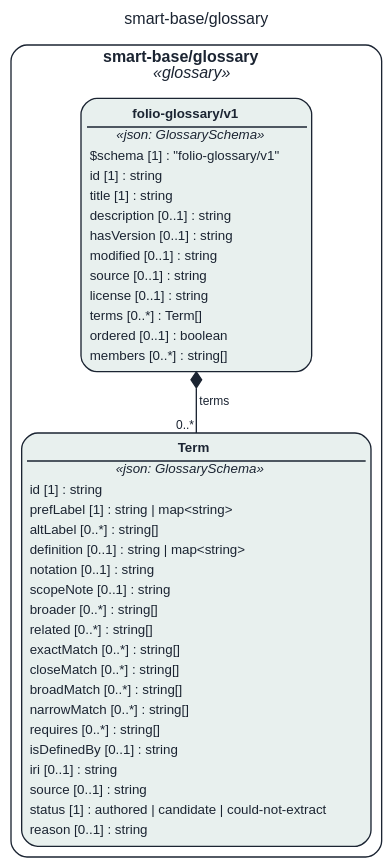
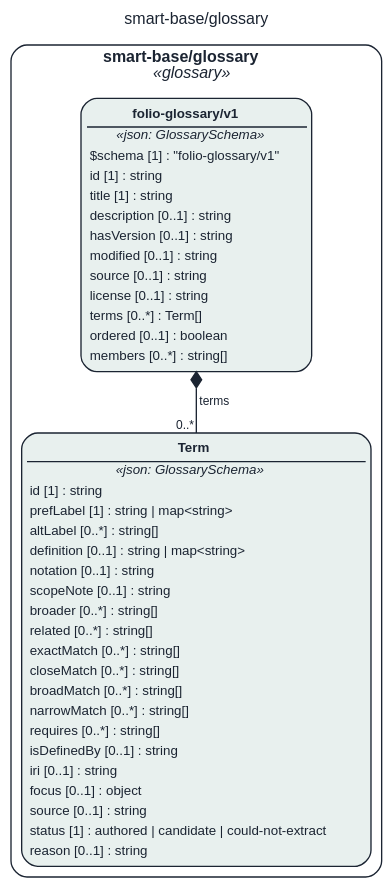
Before and after one commit to litlfred/folio-assistant: the diagram in assets/img/uml/overview/smart-base/glossary.dot, drawn with Graphviz. The commit also changed 11092 other files, not shown here.

```diff
--- a/assets/img/uml/overview/smart-base/glossary.dot
+++ b/assets/img/uml/overview/smart-base/glossary.dot
@@ -1,13 +1,13 @@
 // GENERATED by cat-harness-tools/scripts/gen-uml-overview.ts — do not edit.
 // Rendered page (interactive view, same model): https://litlfred.github.io/folio-assistant/uml/overview/smart-base/glossary.html
 digraph "smart_base_glossary" {
   graph [label="smart-base/glossary", labelloc=t, fontname="Helvetica", fontsize=12, fontcolor="#1b2432", newrank=true, ratio=auto, nodesep=0.3, ranksep=0.5, bgcolor="transparent"];
   node [shape=box, style="rounded,filled", margin=0.05, fontname="Helvetica", fontsize=10, color="#1b2432", fontcolor="#1b2432"];
   edge [color="#1b2432", fontcolor="#1b2432", fontname="Helvetica", fontsize=9];
   subgraph "cluster_pkg_smart_base_glossary" {
     label=<<b>smart-base/glossary</b><br/><i>«glossary»</i>>; style="rounded"; color="#1b2432"; class="fa_uml_subgraph";
-    "smart_base_glossary_folio_glossary_v1_Term" [fillcolor="#e8f0ee", class="fa_uml_kind_glossary", label=<<table border="0" cellborder="0" cellspacing="0" cellpadding="2"><tr><td border="1" sides="b"><b>Term</b></td></tr><tr><td><i>«json: GlossarySchema»</i></td></tr><tr><td align="left">id [1] : string</td></tr><tr><td align="left">prefLabel [1] : string | map&lt;string&gt;</td></tr><tr><td align="left">altLabel [0..*] : string[]</td></tr><tr><td align="left">definition [0..1] : string | map&lt;string&gt;</td></tr><tr><td align="left">notation [0..1] : string</td></tr><tr><td align="left">scopeNote [0..1] : string</td></tr><tr><td align="left">broader [0..*] : string[]</td></tr><tr><td align="left">related [0..*] : string[]</td></tr><tr><td align="left">exactMatch [0..*] : string[]</td></tr><tr><td align="left">closeMatch [0..*] : string[]</td></tr><tr><td align="left">broadMatch [0..*] : string[]</td></tr><tr><td align="left">narrowMatch [0..*] : string[]</td></tr><tr><td align="left">requires [0..*] : string[]</td></tr><tr><td align="left">isDefinedBy [0..1] : string</td></tr><tr><td align="left">iri [0..1] : string</td></tr><tr><td align="left">source [0..1] : string</td></tr><tr><td align="left">status [1] : authored | candidate | could-not-extract</td></tr><tr><td align="left">reason [0..1] : string</td></tr></table>>];
+    "smart_base_glossary_folio_glossary_v1_Term" [fillcolor="#e8f0ee", class="fa_uml_kind_glossary", label=<<table border="0" cellborder="0" cellspacing="0" cellpadding="2"><tr><td border="1" sides="b"><b>Term</b></td></tr><tr><td><i>«json: GlossarySchema»</i></td></tr><tr><td align="left">id [1] : string</td></tr><tr><td align="left">prefLabel [1] : string | map&lt;string&gt;</td></tr><tr><td align="left">altLabel [0..*] : string[]</td></tr><tr><td align="left">definition [0..1] : string | map&lt;string&gt;</td></tr><tr><td align="left">notation [0..1] : string</td></tr><tr><td align="left">scopeNote [0..1] : string</td></tr><tr><td align="left">broader [0..*] : string[]</td></tr><tr><td align="left">related [0..*] : string[]</td></tr><tr><td align="left">exactMatch [0..*] : string[]</td></tr><tr><td align="left">closeMatch [0..*] : string[]</td></tr><tr><td align="left">broadMatch [0..*] : string[]</td></tr><tr><td align="left">narrowMatch [0..*] : string[]</td></tr><tr><td align="left">requires [0..*] : string[]</td></tr><tr><td align="left">isDefinedBy [0..1] : string</td></tr><tr><td align="left">iri [0..1] : string</td></tr><tr><td align="left">focus [0..1] : object</td></tr><tr><td align="left">source [0..1] : string</td></tr><tr><td align="left">status [1] : authored | candidate | could-not-extract</td></tr><tr><td align="left">reason [0..1] : string</td></tr></table>>];
     "smart_base_glossary_folio_glossary_v1_folio_glossary_v1" [fillcolor="#e8f0ee", class="fa_uml_kind_glossary", label=<<table border="0" cellborder="0" cellspacing="0" cellpadding="2"><tr><td border="1" sides="b"><b>folio-glossary/v1</b></td></tr><tr><td><i>«json: GlossarySchema»</i></td></tr><tr><td align="left">$schema [1] : &quot;folio-glossary/v1&quot;</td></tr><tr><td align="left">id [1] : string</td></tr><tr><td align="left">title [1] : string</td></tr><tr><td align="left">description [0..1] : string</td></tr><tr><td align="left">hasVersion [0..1] : string</td></tr><tr><td align="left">modified [0..1] : string</td></tr><tr><td align="left">source [0..1] : string</td></tr><tr><td align="left">license [0..1] : string</td></tr><tr><td align="left">terms [0..*] : Term[]</td></tr><tr><td align="left">ordered [0..1] : boolean</td></tr><tr><td align="left">members [0..*] : string[]</td></tr></table>>];
   }
   "smart_base_glossary_folio_glossary_v1_folio_glossary_v1" -> "smart_base_glossary_folio_glossary_v1_Term" [dir=both, arrowtail=diamond, arrowhead=none, label="terms", headlabel="0..*", class="fa_uml_composition"];
 }
```
